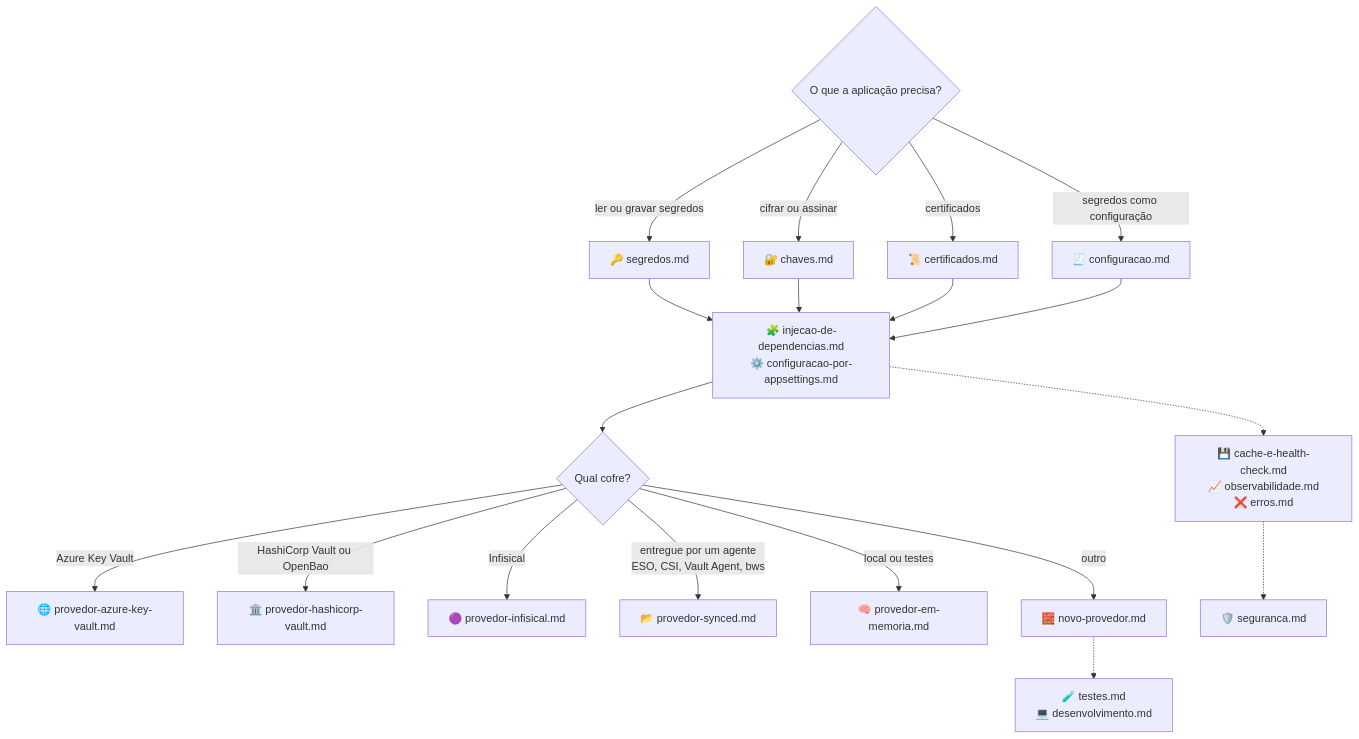
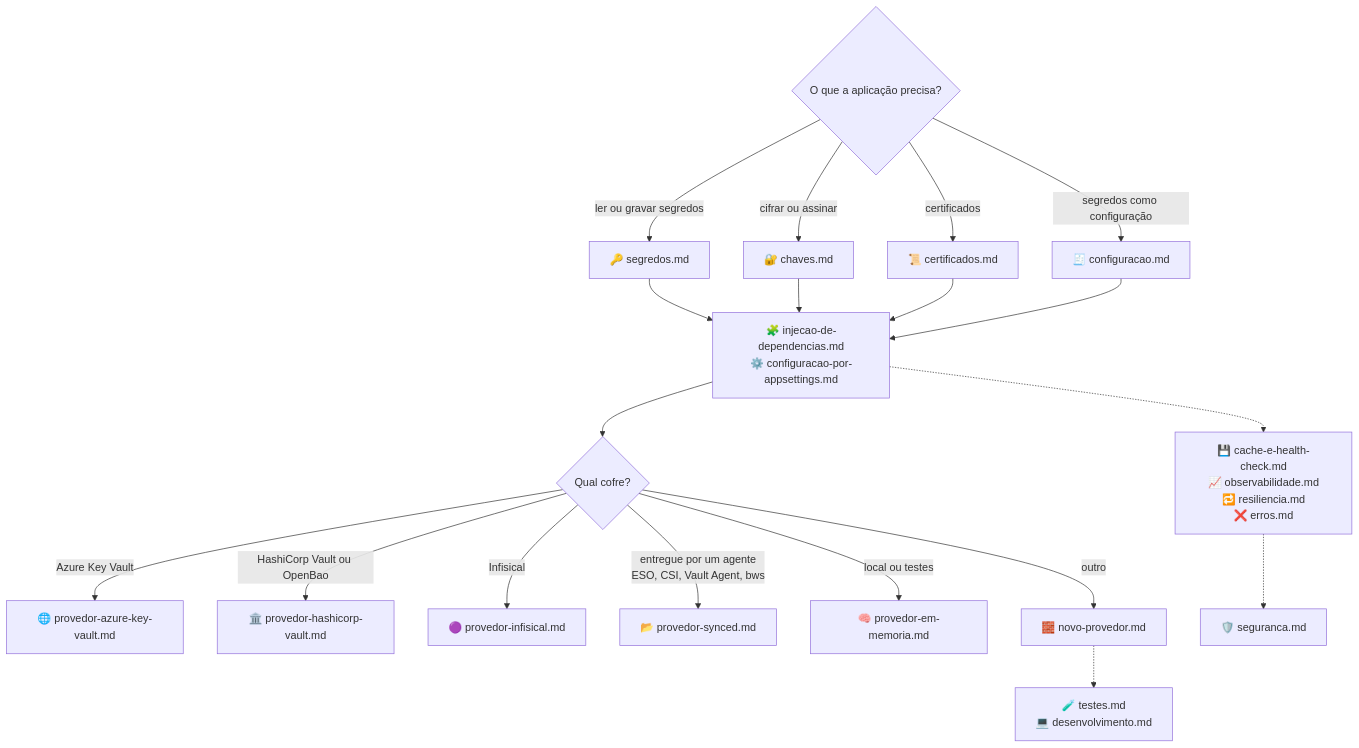
The diagram in docs/README.md (tudoemcodigo/lib-tec-vault), drawn with Mermaid before and after one commit. The commit also changed other lines of this file and 44 other files, not shown here.

````diff
--- a/docs/README.md
+++ b/docs/README.md
@@ -44,18 +45,18 @@
 ```mermaid
 flowchart TD
     Q{"O que a aplicação precisa?"} -->|ler ou gravar segredos| S["🔑 segredos.md"]
     Q -->|cifrar ou assinar| K["🔐 chaves.md"]
     Q -->|certificados| C["📜 certificados.md"]
     Q -->|segredos como configuração| CFG["🧾 configuracao.md"]
     S & K & C & CFG --> R["🧩 injecao-de-dependencias.md<br/>⚙️ configuracao-por-appsettings.md"]
     R --> P{"Qual cofre?"}
     P -->|Azure Key Vault| AZ["🌐 provedor-azure-key-vault.md"]
     P -->|"HashiCorp Vault ou OpenBao"| HC["🏛️ provedor-hashicorp-vault.md"]
     P -->|Infisical| INF["🟣 provedor-infisical.md"]
     P -->|"entregue por um agente<br/>ESO, CSI, Vault Agent, bws"| SYN["📂 provedor-synced.md"]
     P -->|"local ou testes"| MEM["🧠 provedor-em-memoria.md"]
     P -->|outro| NOVO["🧱 novo-provedor.md"]
-    R -.-> OPS["💾 cache-e-health-check.md<br/>📈 observabilidade.md<br/>❌ erros.md"]
+    R -.-> OPS["💾 cache-e-health-check.md<br/>📈 observabilidade.md<br/>🔁 resiliencia.md<br/>❌ erros.md"]
     OPS -.-> SEG["🛡️ seguranca.md"]
     NOVO -.-> TST["🧪 testes.md<br/>💻 desenvolvimento.md"]
 ```
````
